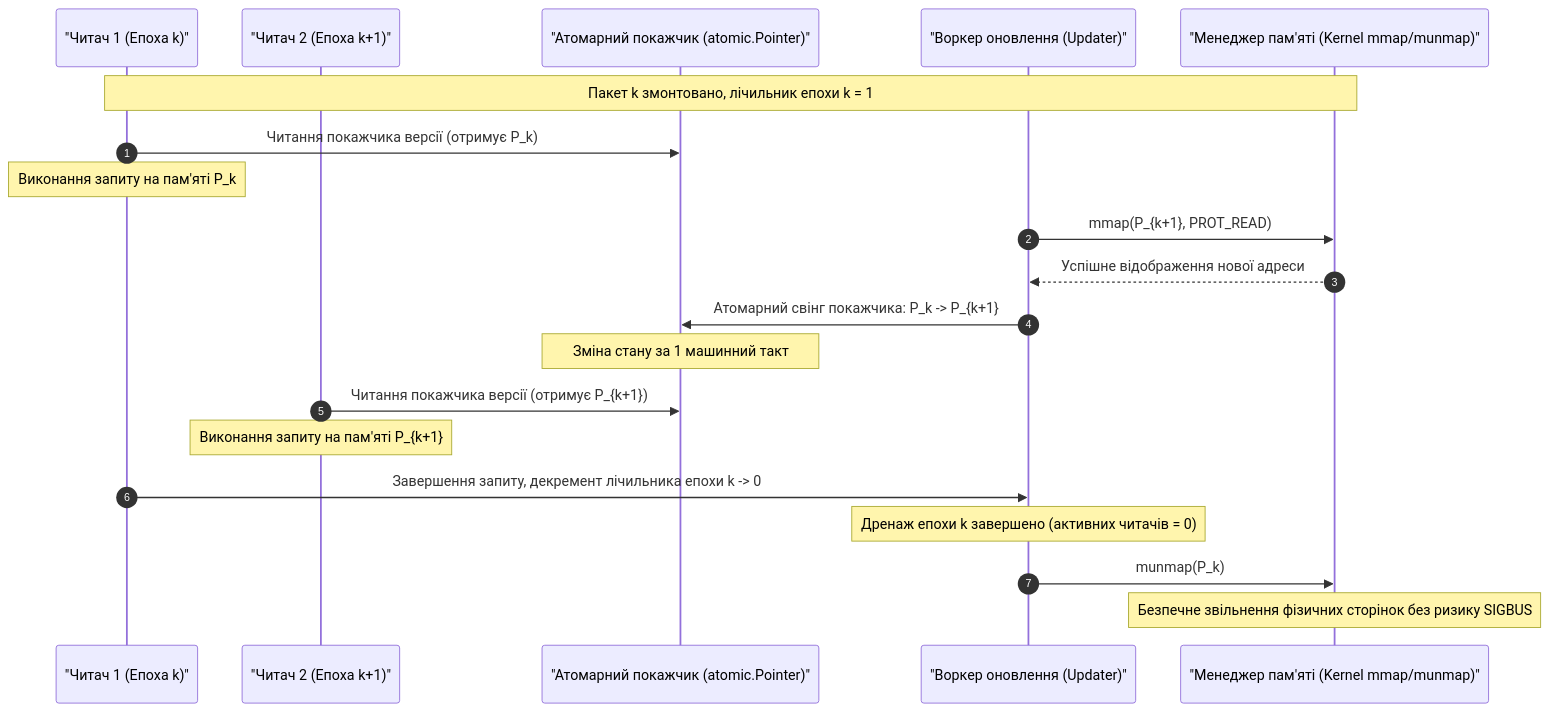
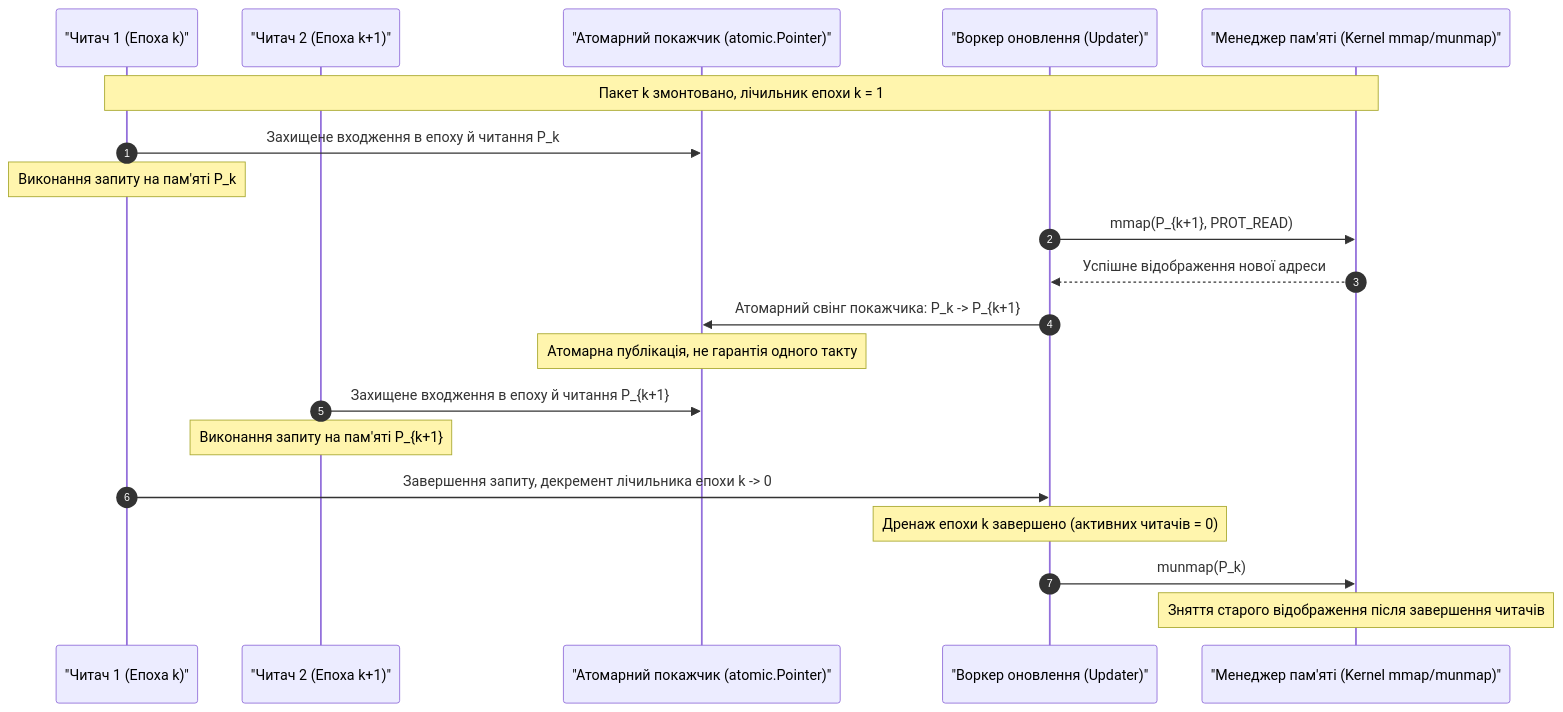
One commit to nick-fedchik/articles changed the fifth of 11 diagrams in ExpertSystem/ch32-high-performance-knowledge-packs-mmap-and-harvesting.md. Above: the diagram before and after it, drawn with Mermaid. The commit also changed other lines of this file and 8 other files, not shown here.

````diff
--- a/ExpertSystem/ch32-high-performance-knowledge-packs-mmap-and-harvesting.md
+++ b/ExpertSystem/ch32-high-performance-knowledge-packs-mmap-and-harvesting.md
@@ -498,25 +558,25 @@
 ```mermaid
 sequenceDiagram
     accTitle: Послідовність атомарної заміни mmap-пакета за шаблоном RCU
     accDescr: Демонстрація паралельного читання, атомарного перемикання покажчика покоління знань та безпечного демонтажу munmap після дренажу епохи.
     autonumber
     participant R1 as "Читач 1 (Епоха k)"
     participant R2 as "Читач 2 (Епоха k+1)"
     participant AP as "Атомарний покажчик (atomic.Pointer)"
     participant W as "Воркер оновлення (Updater)"
     participant M as "Менеджер пам'яті (Kernel mmap/munmap)"
 
     Note over R1,M: Пакет k змонтовано, лічильник епохи k = 1
-    R1->>AP: Читання покажчика версії (отримує P_k)
+	R1->>AP: Захищене входження в епоху й читання P_k
     Note over R1: Виконання запиту на пам'яті P_k
     W->>M: mmap(P_{k+1}, PROT_READ)
     M-->>W: Успішне відображення нової адреси
     W->>AP: Атомарний свінг покажчика: P_k -> P_{k+1}
-    Note over AP: Зміна стану за 1 машинний такт
-    R2->>AP: Читання покажчика версії (отримує P_{k+1})
+	Note over AP: Атомарна публікація, не гарантія одного такту
+	R2->>AP: Захищене входження в епоху й читання P_{k+1}
     Note over R2: Виконання запиту на пам'яті P_{k+1}
     R1->>W: Завершення запиту, декремент лічильника епохи k -> 0
     Note over W: Дренаж епохи k завершено (активних читачів = 0)
     W->>M: munmap(P_k)
-    Note over M: Безпечне звільнення фізичних сторінок без ризику SIGBUS
+	Note over M: Зняття старого відображення після завершення читачів
 ```
````
